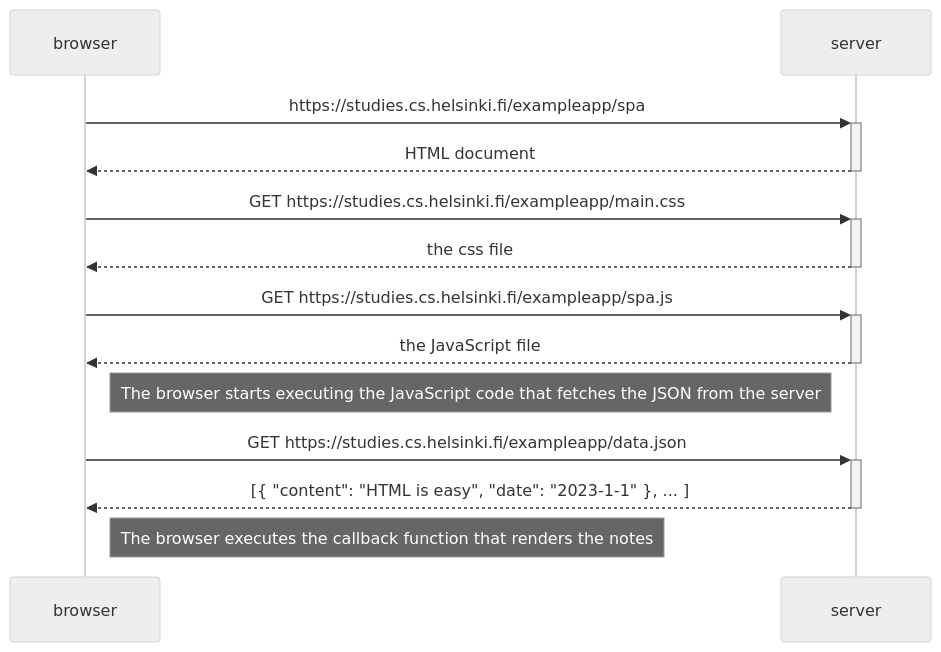
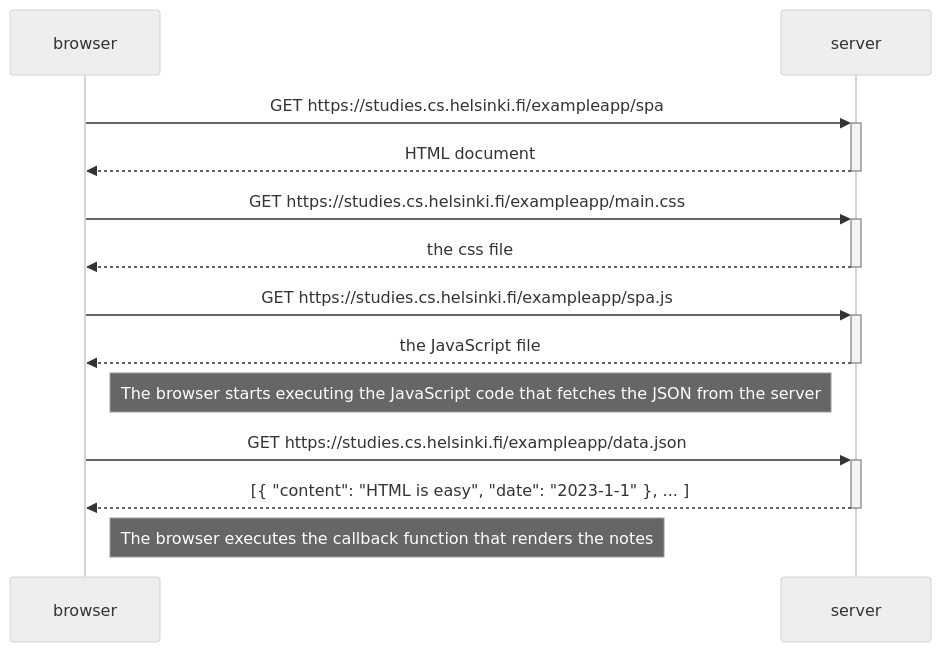
The diagram in part0/0.5.md (Jaretzbalba/Full-Stack-Open), drawn with Mermaid (neutral theme) before and after one commit.

````diff
--- a/part0/0.5.md
+++ b/part0/0.5.md
@@ -1,22 +1,22 @@
 ```mermaid
 sequenceDiagram
     participant browser
     participant server
     
-    browser->>+server: https://studies.cs.helsinki.fi/exampleapp/spa
+    browser->>+server: GET https://studies.cs.helsinki.fi/exampleapp/spa
     server-->>-browser: HTML document
 
     browser->>+server: GET https://studies.cs.helsinki.fi/exampleapp/main.css
     server-->>-browser: the css file
 
     browser->>+server: GET https://studies.cs.helsinki.fi/exampleapp/spa.js
     server-->>-browser: the JavaScript file
 
     Note right of browser: The browser starts executing the JavaScript code that fetches the JSON from the server
 
     browser->>+server: GET https://studies.cs.helsinki.fi/exampleapp/data.json
     server-->>-browser: [{ "content": "HTML is easy", "date": "2023-1-1" }, ... ]
 
     Note right of browser: The browser executes the callback function that renders the notes
 
 ```
````
